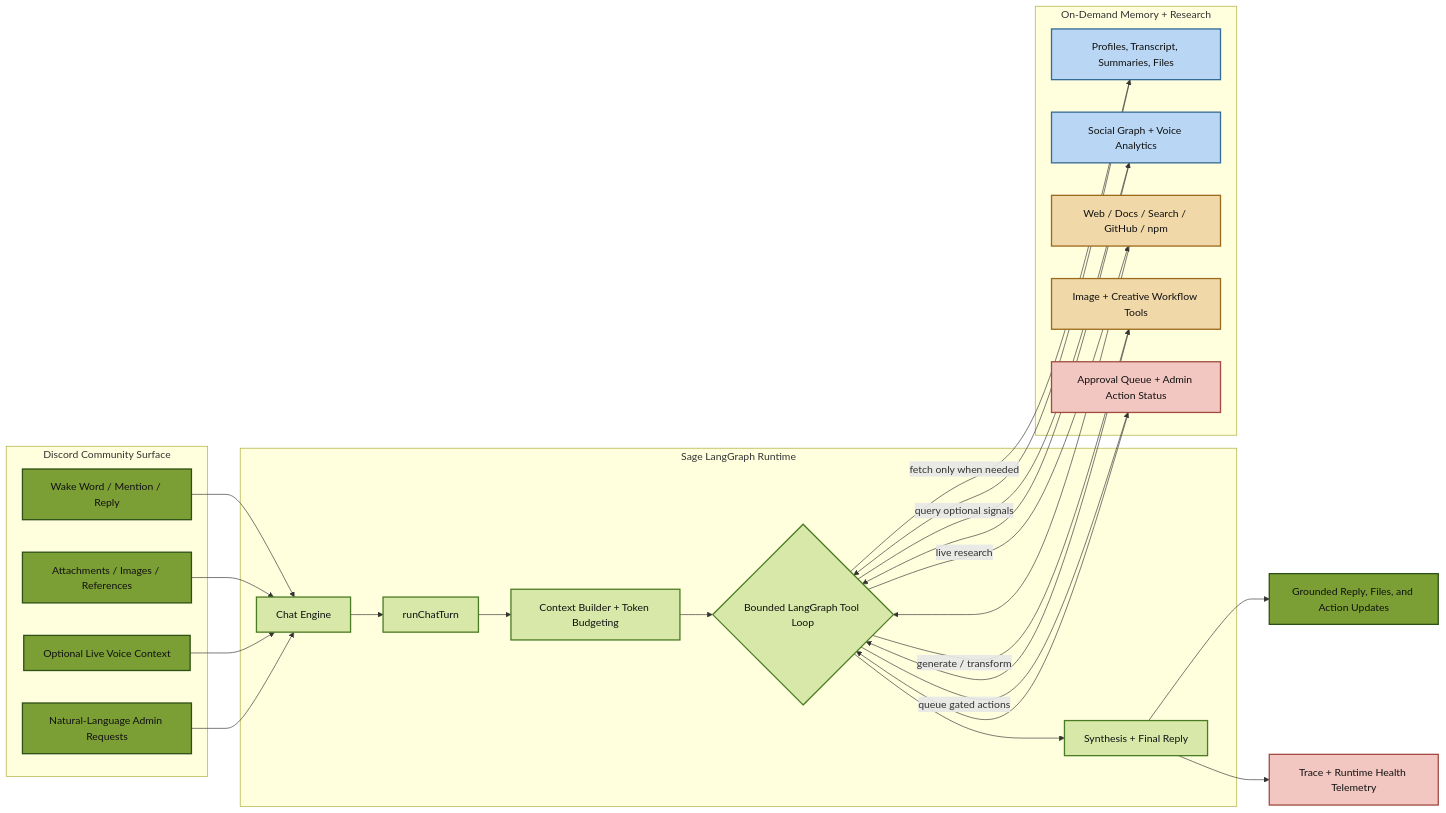
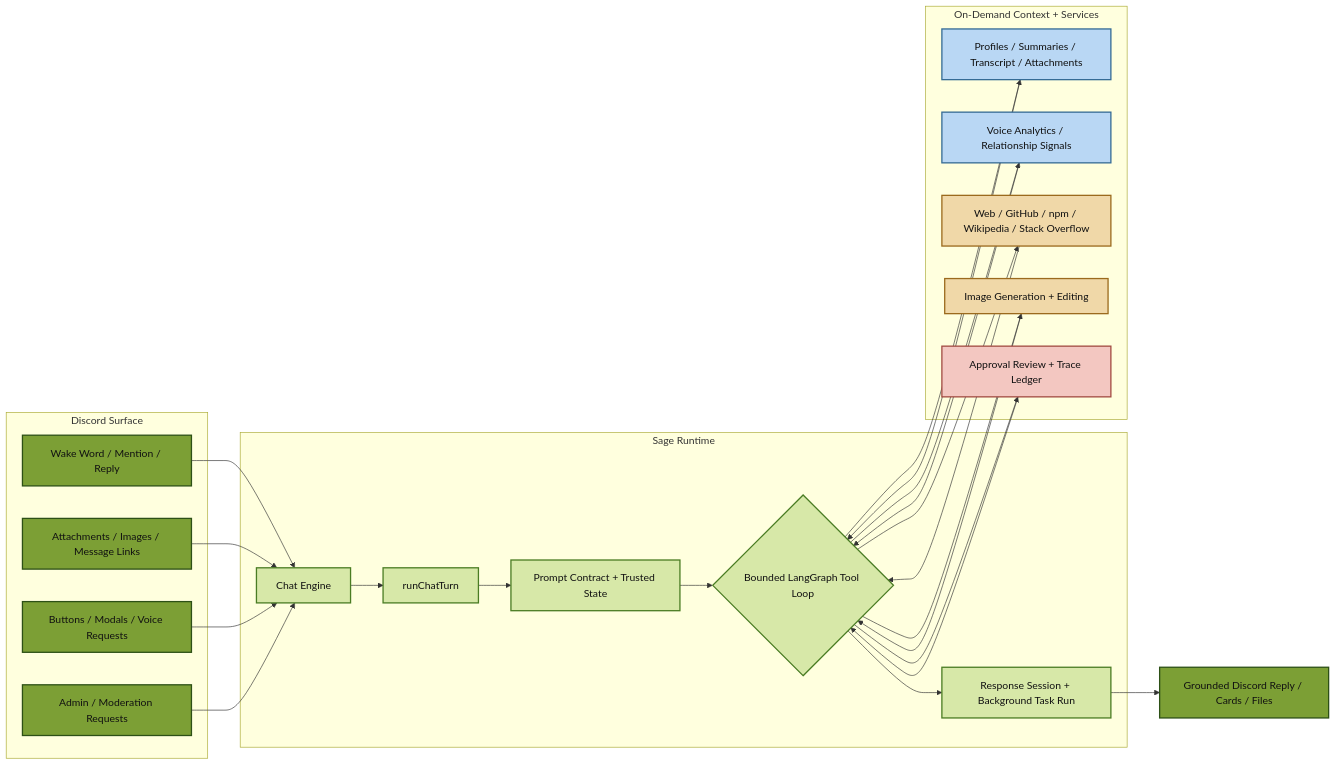
Before and after one commit to BokX1/Sage: the first of 2 diagrams in README.md, drawn with Mermaid. The commit also changed other lines of this file and 21 other files, not shown here.

````diff
--- a/README.md
+++ b/README.md
@@ -79,50 +77,48 @@
 ```mermaid
 flowchart LR
     classDef discord fill:#7c9f35,stroke:#2d5016,stroke-width:2px,color:#111
     classDef runtime fill:#d7e8a8,stroke:#4a7c23,stroke-width:2px,color:#111
     classDef memory fill:#b9d7f4,stroke:#356b95,stroke-width:2px,color:#111
     classDef tools fill:#f0d8a8,stroke:#9b6a1d,stroke-width:2px,color:#111
     classDef ops fill:#f3c7c1,stroke:#a24b43,stroke-width:2px,color:#111
 
-    subgraph Discord["Discord Community Surface"]
+    subgraph Discord["Discord Surface"]
         U["Wake Word / Mention / Reply"]:::discord
-        X["Attachments / Images / References"]:::discord
-        V["Optional Live Voice Context"]:::discord
-        A["Natural-Language Admin Requests"]:::discord
+        X["Attachments / Images / Message Links"]:::discord
+        V["Buttons / Modals / Voice Requests"]:::discord
+        A["Admin / Moderation Requests"]:::discord
     end
 
-    subgraph Runtime["Sage LangGraph Runtime"]
+    subgraph Runtime["Sage Runtime"]
         CE["Chat Engine"]:::runtime
         RT["runChatTurn"]:::runtime
-        CB["Context Builder + Token Budgeting"]:::runtime
+        PC["Prompt Contract + Trusted State"]:::runtime
         TL{"Bounded LangGraph Tool Loop"}:::runtime
-        SY["Synthesis + Final Reply"]:::runtime
+        RS["Response Session + Background Task Run"]:::runtime
     end
 
-    subgraph Data["On-Demand Memory + Research"]
-        M["Profiles, Transcript, Summaries, Files"]:::memory
-        G["Social Graph + Voice Analytics"]:::memory
-        W["Web / Docs / Search / GitHub / npm"]:::tools
-        C["Image + Creative Workflow Tools"]:::tools
-        P["Approval Queue + Admin Action Status"]:::ops
+    subgraph Data["On-Demand Context + Services"]
+        M["Profiles / Summaries / Transcript / Attachments"]:::memory
+        G["Voice Analytics / Relationship Signals"]:::memory
+        W["Web / GitHub / npm / Wikipedia / Stack Overflow"]:::tools
+        C["Image Generation + Editing"]:::tools
+        P["Approval Review + Trace Ledger"]:::ops
     end
 
     U --> CE
     X --> CE
     V --> CE
     A --> CE
-    CE --> RT --> CB --> TL
-    TL -->|"fetch only when needed"| M
-    TL -->|"query optional signals"| G
-    TL -->|"live research"| W
-    TL -->|"generate / transform"| C
-    TL -->|"queue gated actions"| P
+    CE --> RT --> PC --> TL --> RS
+    TL --> M
+    TL --> G
+    TL --> W
+    TL --> C
+    TL --> P
     M --> TL
     G --> TL
     W --> TL
     C --> TL
     P --> TL
-    TL --> SY
-    SY --> R["Grounded Reply, Files, and Action Updates"]:::discord
-    SY --> T["Trace + Runtime Health Telemetry"]:::ops
+    RS --> R["Grounded Discord Reply / Cards / Files"]:::discord
 ```
````
